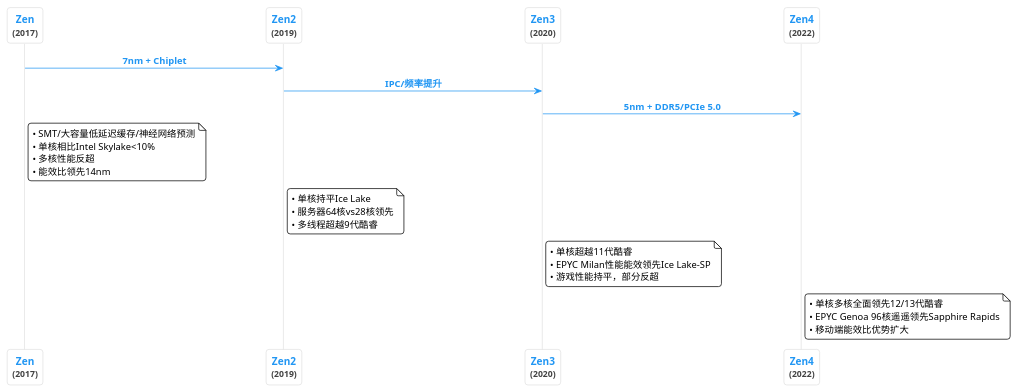
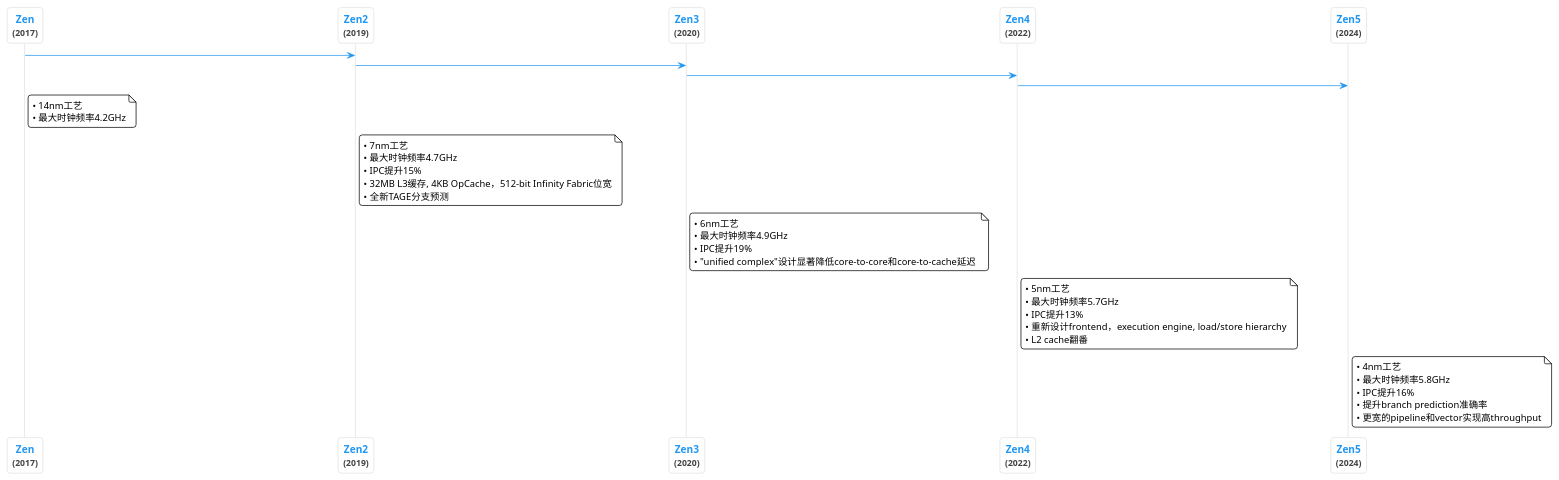
Before and after one commit to UniqueMR/PQVC: the diagram in docs/diagrams/zen_evolution.puml, drawn with PlantUML. The commit also changed 21 other files, not shown here.

```diff
--- a/docs/diagrams/zen_evolution.puml
+++ b/docs/diagrams/zen_evolution.puml
@@ -1,62 +1,74 @@
 @startuml
 !theme plain
 skinparam backgroundColor transparent
 skinparam sequence {
     MessageAlign center
     ArrowColor #2196F3
     LifeLineBorderColor #E0E0E0
     LifeLineBackgroundColor #FAFAFA
     LifeLineThickness 2
     ParticipantBorderColor #E0E0E0
     ParticipantBackgroundColor #FFFFFF
     ParticipantFontStyle bold
     ParticipantFontColor #424242
     ParticipantFontSize 14
     MessageFontSize 13
     MessageFontColor #424242
     NoteBorderColor #E0E0E0
     NoteBackgroundColor #FFFFFF
     NoteFontColor #424242
     NoteFontSize 12
 }
 
-skinparam ParticipantPadding 150
+skinparam ParticipantPadding 200
 skinparam BoxPadding 10
 skinparam Shadowing false
 skinparam RoundCorner 8
 
 participant "<color:#2196F3>Zen</color>\n<size:12>(2017)</size>" as Zen
 participant "<color:#2196F3>Zen2</color>\n<size:12>(2019)</size>" as Zen2
 participant "<color:#2196F3>Zen3</color>\n<size:12>(2020)</size>" as Zen3
 participant "<color:#2196F3>Zen4</color>\n<size:12>(2022)</size>" as Zen4
+participant "<color:#2196F3>Zen5</color>\n<size:12>(2024)</size>" as Zen5
 
-Zen -[#2196F3]> Zen2 : <color:#2196F3><b>7nm + Chiplet</b></color>
-Zen2 -[#2196F3]> Zen3 : <color:#2196F3><b>IPC/频率提升</b></color>
-Zen3 -[#2196F3]> Zen4 : <color:#2196F3><b>5nm + DDR5/PCIe 5.0</b></color>
+Zen -[#2196F3]> Zen2 
+Zen2 -[#2196F3]> Zen3 
+Zen3 -[#2196F3]> Zen4 
+Zen4 -[#2196F3]> Zen5 
 
 note right of Zen
-  • SMT/大容量低延迟缓存/神经网络预测
-  • 单核相比Intel Skylake<10%
-  • 多核性能反超
-  • 能效比领先14nm
+  • 14nm工艺
+  • 最大时钟频率4.2GHz
 end note
 
 note right of Zen2
-  • 单核持平Ice Lake
-  • 服务器64核vs28核领先
-  • 多线程超越9代酷睿
+  • 7nm工艺
+  • 最大时钟频率4.7GHz
+  • IPC提升15%
+  • 32MB L3缓存, 4KB OpCache，512-bit Infinity Fabric位宽
+  • 全新TAGE分支预测
 end note
 
 note right of Zen3
-  • 单核超越11代酷睿
-  • EPYC Milan性能能效领先Ice Lake-SP
-  • 游戏性能持平，部分反超
+  • 6nm工艺
+  • 最大时钟频率4.9GHz
+  • IPC提升19%
+  • "unified complex"设计显著降低core-to-core和core-to-cache延迟 
 end note
 
 note right of Zen4
-  • 单核多核全面领先12/13代酷睿
-  • EPYC Genoa 96核遥遥领先Sapphire Rapids
-  • 移动端能效比优势扩大
+  • 5nm工艺
+  • 最大时钟频率5.7GHz
+  • IPC提升13%
+  • 重新设计frontend，execution engine, load/store hierarchy
+  • L2 cache翻番
 end note
 
+note right of Zen5
+  • 4nm工艺
+  • 最大时钟频率5.8GHz
+  • IPC提升16%
+  • 提升branch prediction准确率
+  • 更宽的pipeline和vector实现高throughput
+end note
 @enduml 
```
